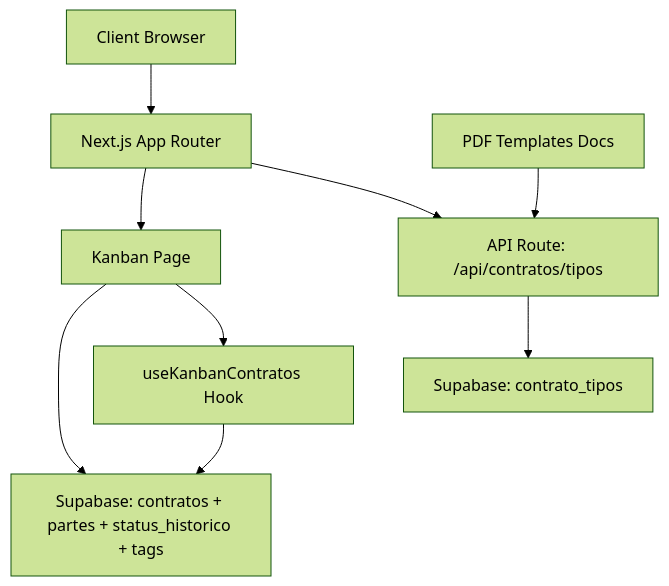
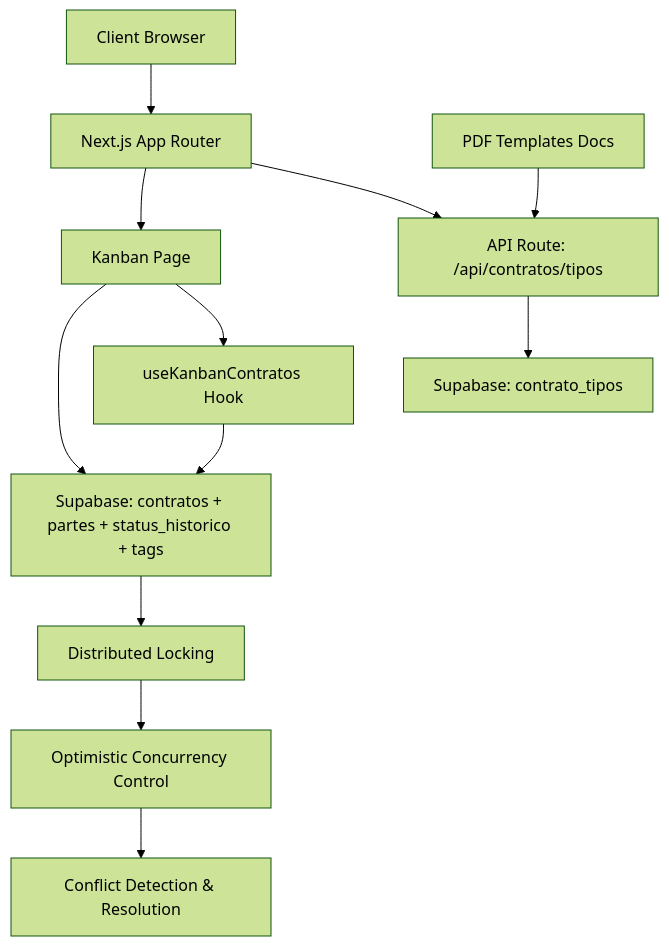
Before and after one commit to SinesysTech/zattar-os: the second of 14 diagrams in .qoder/repowiki/en/content/Contract Management System/Contract Management System.md, drawn with Mermaid (forest theme). The commit also changed other lines of this file and 14 other files, not shown here.

````diff
--- a/.qoder/repowiki/en/content/Contract Management System/Contract Management System.md
+++ b/.qoder/repowiki/en/content/Contract Management System/Contract Management System.md
@@ -125,11 +165,14 @@
 ```mermaid
 graph TB
 A["Client Browser"] --> B["Next.js App Router"]
 B --> C["API Route: /api/contratos/tipos"]
 B --> D["Kanban Page"]
 D --> E["useKanbanContratos Hook"]
 C --> F["Supabase: contrato_tipos"]
 D --> G["Supabase: contratos + partes + status_historico + tags"]
 E --> G
 H["PDF Templates Docs"] --> C
+I["Distributed Locking"] --> J["Optimistic Concurrency Control"]
+G --> I
+J --> K["Conflict Detection & Resolution"]
 ```
````
